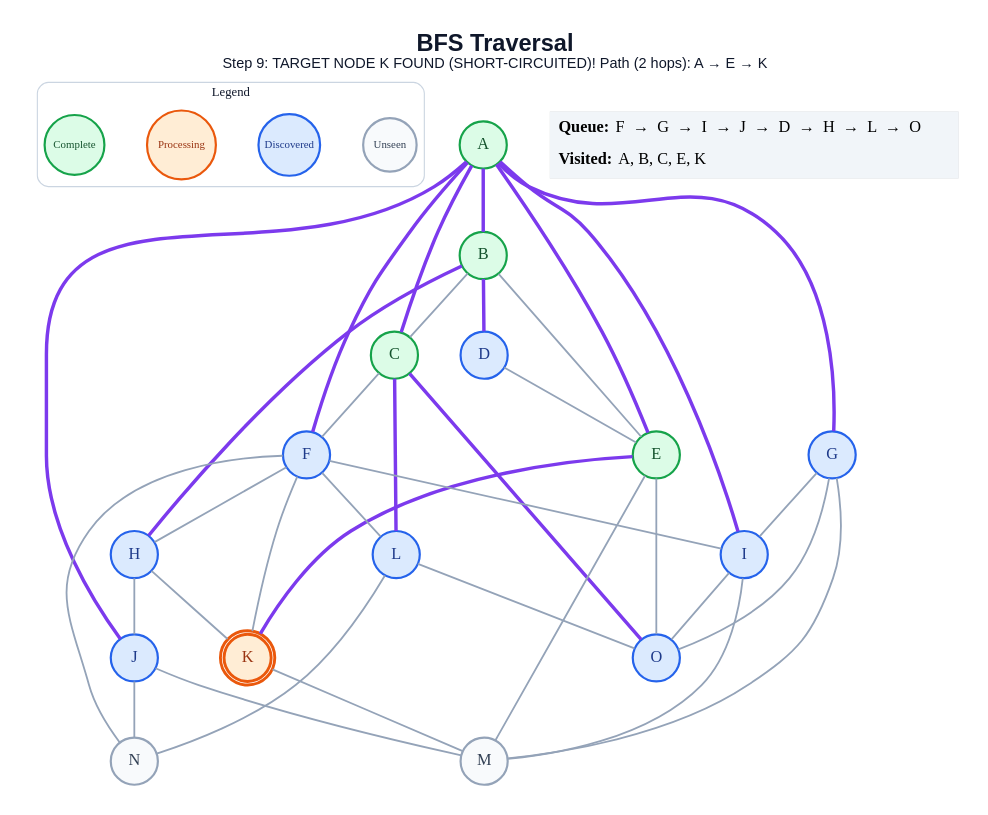
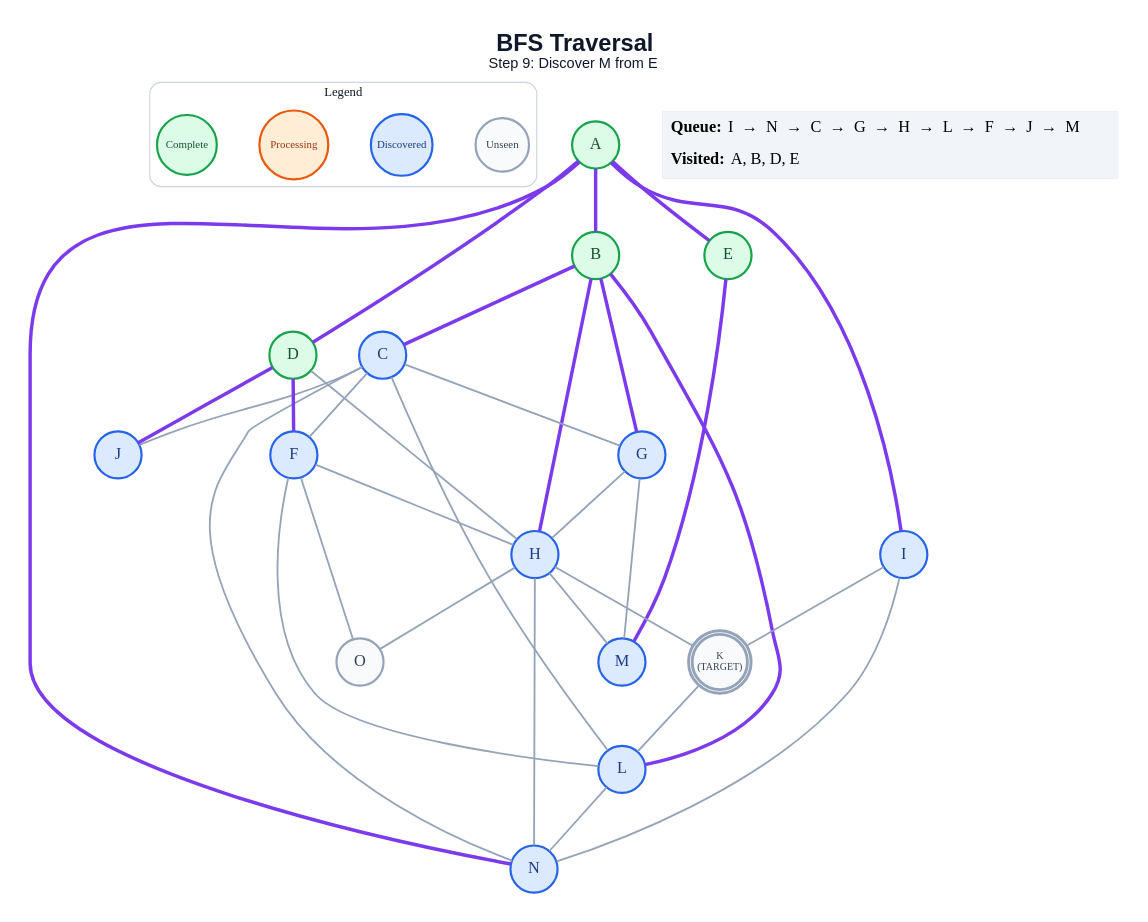
One commit to anon7238593-create/ai-slop changed the diagram in generated/short-circuit/bfs/step_09.dot. Above: the diagram before and after it, drawn with Graphviz. The commit also changed 286 other files, not shown here.

```diff
--- a/generated/short-circuit/bfs/step_09.dot
+++ b/generated/short-circuit/bfs/step_09.dot
@@ -1,69 +1,65 @@
 graph traversal {
   graph [layout=dot, rankdir=TB, bgcolor="#FFFFFF", pad="0.35", nodesep="0.65", ranksep="0.8", fontname="Arial"];
   node [shape=circle, style="filled", fontname="Arial Bold", fontsize=18, width=0.72, fixedsize=true, penwidth=2.4];
   edge [color="#94A3B8", penwidth=2.0];
-  label=<<B>BFS Traversal</B><BR/><FONT POINT-SIZE="16">Step 9: TARGET NODE K FOUND (SHORT-CIRCUITED)! Path (2 hops): A → E → K</FONT>>; labelloc="t"; fontsize=26; fontname="Arial"; fontcolor="#0F172A";
+  label=<<B>BFS Traversal</B><BR/><FONT POINT-SIZE="16">Step 9: Discover M from E</FONT>>; labelloc="t"; fontsize=26; fontname="Arial"; fontcolor="#0F172A";
   subgraph cluster_legend { label="Legend"; color="#CBD5E1"; penwidth=1.2; style="rounded"; fontsize=14; fontname="Arial Bold";
     key_unseen [label="Unseen", fillcolor="#F8FAFC", color="#94A3B8", fontcolor="#334155", fontsize=12, width=0.82];
     key_frontier [label="Discovered", fillcolor="#DBEAFE", color="#2563EB", fontcolor="#1E3A8A", fontsize=12, width=0.95];
     key_current [label="Processing", fillcolor="#FFEDD5", color="#EA580C", fontcolor="#9A3412", fontsize=12, width=1.05];
     key_done [label="Complete", fillcolor="#DCFCE7", color="#16A34A", fontcolor="#14532D", fontsize=12, width=0.92];
     { rank=same; key_unseen; key_frontier; key_current; key_done; }
   }
   A [label="A", fillcolor="#DCFCE7", color="#16A34A", fontcolor="#14532D", peripheries=1, penwidth=2.4];
   B [label="B", fillcolor="#DCFCE7", color="#16A34A", fontcolor="#14532D", peripheries=1, penwidth=2.4];
-  C [label="C", fillcolor="#DCFCE7", color="#16A34A", fontcolor="#14532D", peripheries=1, penwidth=2.4];
-  D [label="D", fillcolor="#DBEAFE", color="#2563EB", fontcolor="#1E3A8A", peripheries=1, penwidth=2.4];
+  C [label="C", fillcolor="#DBEAFE", color="#2563EB", fontcolor="#1E3A8A", peripheries=1, penwidth=2.4];
+  D [label="D", fillcolor="#DCFCE7", color="#16A34A", fontcolor="#14532D", peripheries=1, penwidth=2.4];
   E [label="E", fillcolor="#DCFCE7", color="#16A34A", fontcolor="#14532D", peripheries=1, penwidth=2.4];
   F [label="F", fillcolor="#DBEAFE", color="#2563EB", fontcolor="#1E3A8A", peripheries=1, penwidth=2.4];
   G [label="G", fillcolor="#DBEAFE", color="#2563EB", fontcolor="#1E3A8A", peripheries=1, penwidth=2.4];
   H [label="H", fillcolor="#DBEAFE", color="#2563EB", fontcolor="#1E3A8A", peripheries=1, penwidth=2.4];
   I [label="I", fillcolor="#DBEAFE", color="#2563EB", fontcolor="#1E3A8A", peripheries=1, penwidth=2.4];
   J [label="J", fillcolor="#DBEAFE", color="#2563EB", fontcolor="#1E3A8A", peripheries=1, penwidth=2.4];
-  K [label="K", fillcolor="#FFEDD5", color="#EA580C", fontcolor="#9A3412", peripheries=2, penwidth=3.2];
+  K [label="K\n(TARGET)", fillcolor="#F8FAFC", color="#94A3B8", fontcolor="#334155", peripheries=2, penwidth=3.2, fontsize=11, width=0.85, height=0.85];
   L [label="L", fillcolor="#DBEAFE", color="#2563EB", fontcolor="#1E3A8A", peripheries=1, penwidth=2.4];
-  M [label="M", fillcolor="#F8FAFC", color="#94A3B8", fontcolor="#334155", peripheries=1, penwidth=2.4];
-  N [label="N", fillcolor="#F8FAFC", color="#94A3B8", fontcolor="#334155", peripheries=1, penwidth=2.4];
-  O [label="O", fillcolor="#DBEAFE", color="#2563EB", fontcolor="#1E3A8A", peripheries=1, penwidth=2.4];
+  M [label="M", fillcolor="#DBEAFE", color="#2563EB", fontcolor="#1E3A8A", peripheries=1, penwidth=2.4];
+  N [label="N", fillcolor="#DBEAFE", color="#2563EB", fontcolor="#1E3A8A", peripheries=1, penwidth=2.4];
+  O [label="O", fillcolor="#F8FAFC", color="#94A3B8", fontcolor="#334155", peripheries=1, penwidth=2.4];
   A -- B [color="#7C3AED", penwidth=3.8];
-  A -- C [color="#7C3AED", penwidth=3.8];
+  A -- D [color="#7C3AED", penwidth=3.8];
   A -- E [color="#7C3AED", penwidth=3.8];
-  A -- F [color="#7C3AED", penwidth=3.8];
-  A -- G [color="#7C3AED", penwidth=3.8];
   A -- I [color="#7C3AED", penwidth=3.8];
-  A -- J [color="#7C3AED", penwidth=3.8];
-  B -- C;
-  B -- D [color="#7C3AED", penwidth=3.8];
-  B -- E;
+  A -- N [color="#7C3AED", penwidth=3.8];
+  B -- C [color="#7C3AED", penwidth=3.8];
+  B -- G [color="#7C3AED", penwidth=3.8];
   B -- H [color="#7C3AED", penwidth=3.8];
+  B -- L [color="#7C3AED", penwidth=3.8];
   C -- F;
-  C -- L [color="#7C3AED", penwidth=3.8];
-  C -- O [color="#7C3AED", penwidth=3.8];
-  D -- E;
-  E -- K [color="#7C3AED", penwidth=3.8];
-  E -- M;
-  E -- O;
+  C -- G;
+  C -- J;
+  C -- L;
+  C -- N;
+  D -- F [color="#7C3AED", penwidth=3.8];
+  D -- H;
+  D -- J [color="#7C3AED", penwidth=3.8];
+  E -- M [color="#7C3AED", penwidth=3.8];
   F -- H;
-  F -- I;
-  F -- K;
   F -- L;
-  F -- N;
-  G -- I;
+  F -- O;
+  G -- H;
   G -- M;
-  G -- O;
-  H -- J;
   H -- K;
-  I -- M;
-  I -- O;
-  J -- M;
-  J -- N;
-  K -- M;
+  H -- M;
+  H -- N;
+  H -- O;
+  I -- K;
+  I -- N;
+  K -- L;
   L -- N;
-  L -- O;
   status [shape=plain, fixedsize=false, width=0, height=0, margin=0, label=<
     <TABLE BORDER="0" CELLBORDER="0" CELLPADDING="7" BGCOLOR="#F1F5F9">
-      <TR><TD ALIGN="LEFT"><B>Queue:</B> F  →  G  →  I  →  J  →  D  →  H  →  L  →  O</TD></TR>
-      <TR><TD ALIGN="LEFT"><B>Visited:</B> A, B, C, E, K</TD></TR>
+      <TR><TD ALIGN="LEFT"><B>Queue:</B> I  →  N  →  C  →  G  →  H  →  L  →  F  →  J  →  M</TD></TR>
+      <TR><TD ALIGN="LEFT"><B>Visited:</B> A, B, D, E</TD></TR>
     </TABLE>
   >];
 }
```
